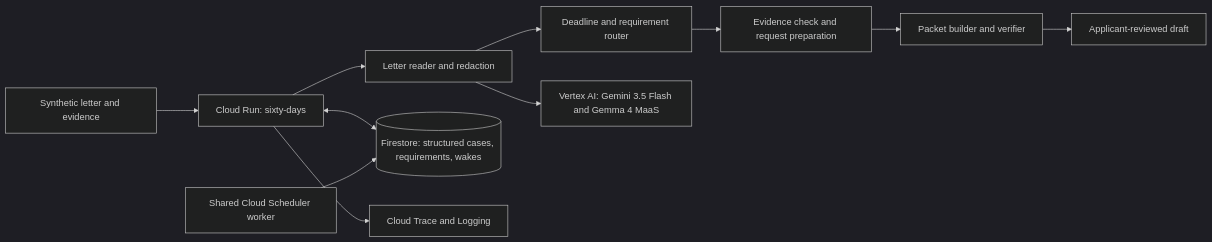
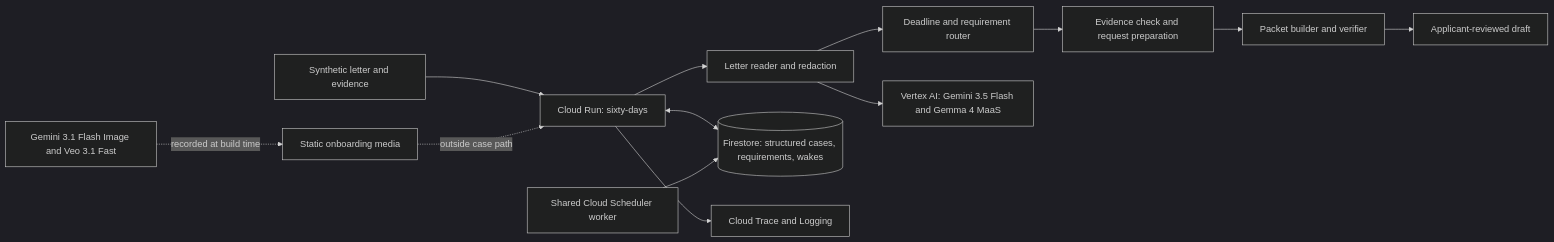
Before and after one commit to usv240/sixty-days: the diagram in README.md, drawn with Mermaid (dark theme). The commit also changed other lines of this file and 19 other files, not shown here.

````diff
--- a/README.md
+++ b/README.md
@@ -47,13 +52,15 @@
 ```mermaid
 flowchart LR
     A[Synthetic letter and evidence] --> B[Cloud Run: sixty-days]
     B --> L[Letter reader and redaction]
     L --> D[Deadline and requirement router]
     D --> E[Evidence check and request preparation]
     E --> P[Packet builder and verifier]
     B <--> F[(Firestore: structured cases, requirements, wakes)]
     L --> V[Vertex AI: Gemini 3.5 Flash and Gemma 4 MaaS]
     S[Shared Cloud Scheduler worker] --> F
     B --> T[Cloud Trace and Logging]
     P --> H[Applicant-reviewed draft]
+    M[Gemini 3.1 Flash Image and Veo 3.1 Fast] -. recorded at build time .-> O[Static onboarding media]
+    O -. outside case path .-> B
 ```
````
